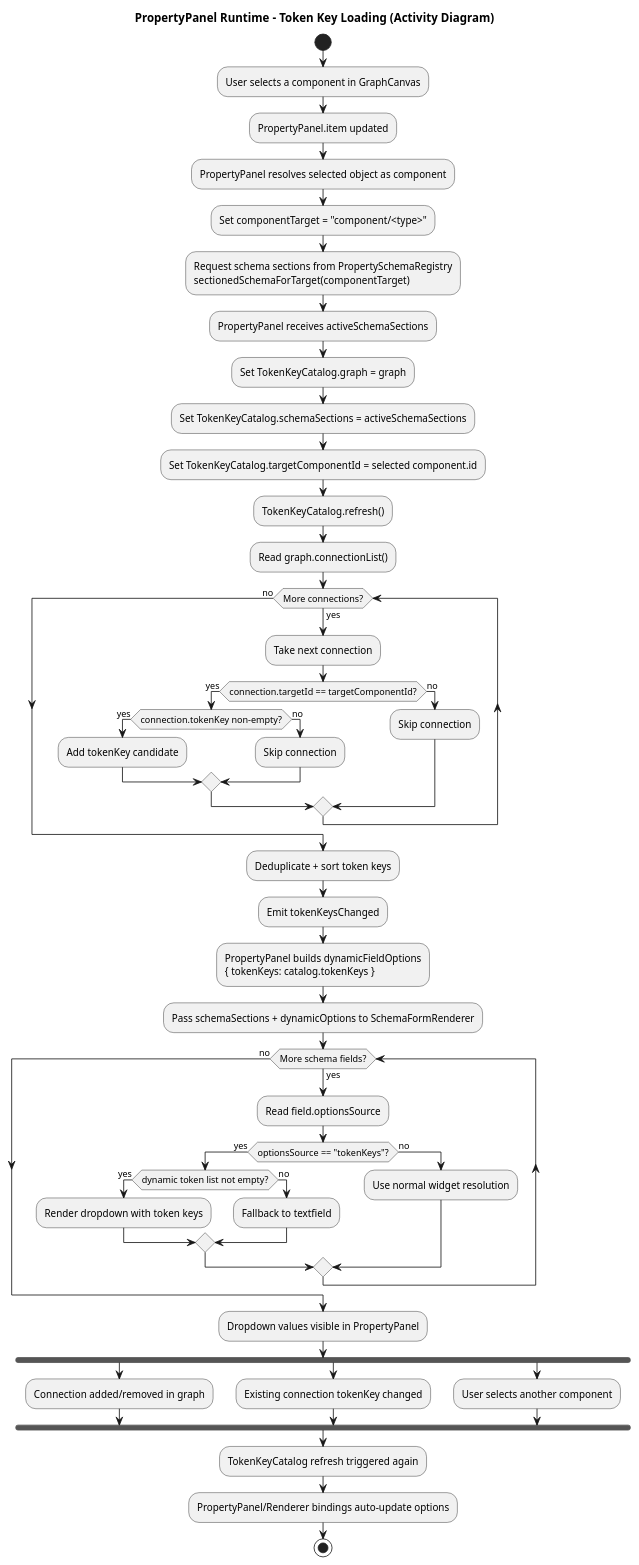
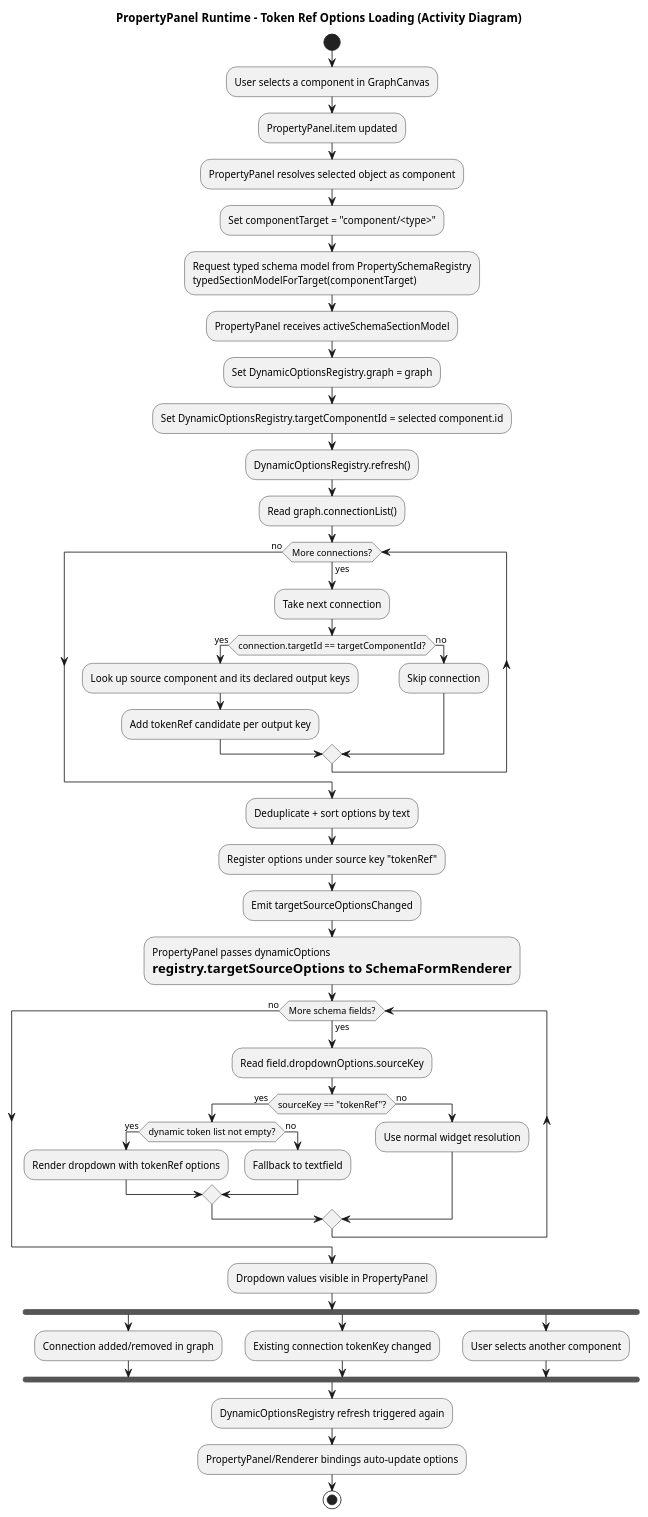
One commit to kimvnhung/component_map_editor changed the diagram in component_map_editor/docs/load_token_keys.puml. Above: the diagram before and after it, drawn with PlantUML. The commit also changed 17 other files, not shown here.

Commit message:
delete token key options

```diff
--- a/component_map_editor/docs/load_token_keys.puml
+++ b/component_map_editor/docs/load_token_keys.puml
@@ -1,67 +1,63 @@
 @startuml
-title PropertyPanel Runtime - Token Key Loading (Activity Diagram)
+title PropertyPanel Runtime - Token Ref Options Loading (Activity Diagram)
 
 start
 
 :User selects a component in GraphCanvas;
 :PropertyPanel.item updated;
 :PropertyPanel resolves selected object as component;
 :Set componentTarget = "component/<type>";
 
-:Request schema sections from PropertySchemaRegistry\nsectionedSchemaForTarget(componentTarget);
-:PropertyPanel receives activeSchemaSections;
+:Request typed schema model from PropertySchemaRegistry\ntypedSectionModelForTarget(componentTarget);
+:PropertyPanel receives activeSchemaSectionModel;
 
-:Set TokenKeyCatalog.graph = graph;
-:Set TokenKeyCatalog.schemaSections = activeSchemaSections;
-:Set TokenKeyCatalog.targetComponentId = selected component.id;
+:Set DynamicOptionsRegistry.graph = graph;
+:Set DynamicOptionsRegistry.targetComponentId = selected component.id;
+:DynamicOptionsRegistry.refresh();
 
-:TokenKeyCatalog.refresh();
 :Read graph.connectionList();
 
 while (More connections?) is (yes)
   :Take next connection;
   if (connection.targetId == targetComponentId?) then (yes)
-    if (connection.tokenKey non-empty?) then (yes)
-      :Add tokenKey candidate;
-    else (no)
-      :Skip connection;
-    endif
+    :Look up source component and its declared output keys;
+    :Add tokenRef candidate per output key;
   else (no)
     :Skip connection;
   endif
 endwhile (no)
 
-:Deduplicate + sort token keys;
-:Emit tokenKeysChanged;
+:Deduplicate + sort options by text;
+:Register options under source key "tokenRef";
+:Emit targetSourceOptionsChanged;
 
-:PropertyPanel builds dynamicFieldOptions\n{ tokenKeys: catalog.tokenKeys };
-:Pass schemaSections + dynamicOptions to SchemaFormRenderer;
+:PropertyPanel passes dynamicOptions\n= registry.targetSourceOptions to SchemaFormRenderer;
 
 while (More schema fields?) is (yes)
-  :Read field.optionsSource;
-  if (optionsSource == "tokenKeys"?) then (yes)
+  :Read field.dropdownOptions.sourceKey;
+  if (sourceKey == "tokenRef"?) then (yes)
     if (dynamic token list not empty?) then (yes)
-      :Render dropdown with token keys;
+      :Render dropdown with tokenRef options;
     else (no)
       :Fallback to textfield;
     endif
   else (no)
     :Use normal widget resolution;
   endif
 endwhile (no)
 
 :Dropdown values visible in PropertyPanel;
 
 fork
   :Connection added/removed in graph;
 fork again
   :Existing connection tokenKey changed;
 fork again
   :User selects another component;
 end fork
 
-:TokenKeyCatalog refresh triggered again;
+:DynamicOptionsRegistry refresh triggered again;
 :PropertyPanel/Renderer bindings auto-update options;
 
 stop
 @enduml
```
